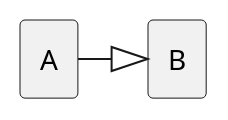
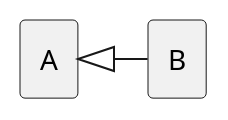
Before and after one commit to gigl-uml/Guide_uml_polymtl: the diagram in generalizationRelationshipExample.plantuml, drawn with PlantUML. The commit also changed 14 other files, not shown here.

```diff
--- a/generalizationRelationshipExample.plantuml
+++ b/generalizationRelationshipExample.plantuml
@@ -1,6 +1,6 @@
 @startuml
 rectangle A
 rectangle B
 
-A -r-|> B
+A <|-r- B
 @enduml
```
